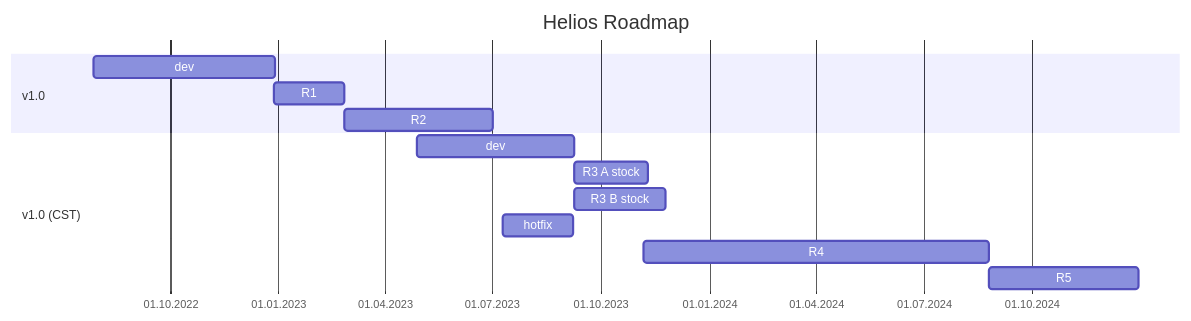
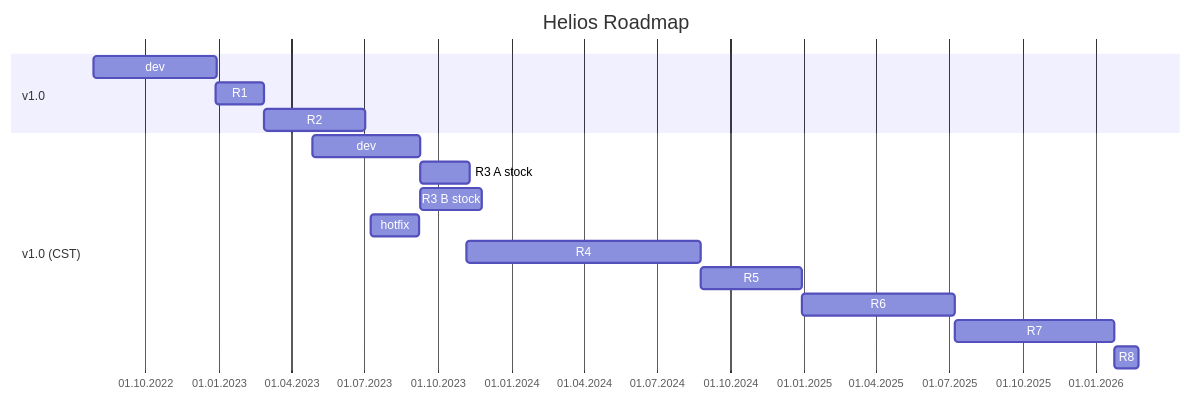
One commit to 0xCB-dev/docs.keeb.supply changed the diagram in content/0xcb-helios/infos/index.md. Above: the diagram before and after it, drawn with Mermaid. The commit also changed other lines of this file, not shown here.

````diff
--- a/content/0xcb-helios/infos/index.md
+++ b/content/0xcb-helios/infos/index.md
@@ -33,21 +33,24 @@
 ```mermaid
 
 
 
 gantt
     title Helios Roadmap
     todayMarker off
     dateFormat  YYYY-MM-DD
     axisFormat %d.%m.%Y
     section v1.0
     dev                         :2022-07-28, 22w
     R1                          :2022-12-28, 2023-02-26
     R2                          :2023-02-26, 2023-07-02
     section v1.0 (CST)
     dev                         :2023-04-28, 2023-09-09
     R3 A stock                  :2023-09-09, 2023-11-10
     R3 B stock                  :2023-09-09, 2023-11-25
     hotfix                      :2023-07-10, 60d
     R4                          :2023-11-06, 2024-08-25
     R5                          :2024-08-25, 2024-12-30
+    R6                          :2024-12-30, 2025-07-09
+    R7                          :2025-07-09, 2026-01-24
+    R8                          :2026-01-24, 30d
 ```
````
